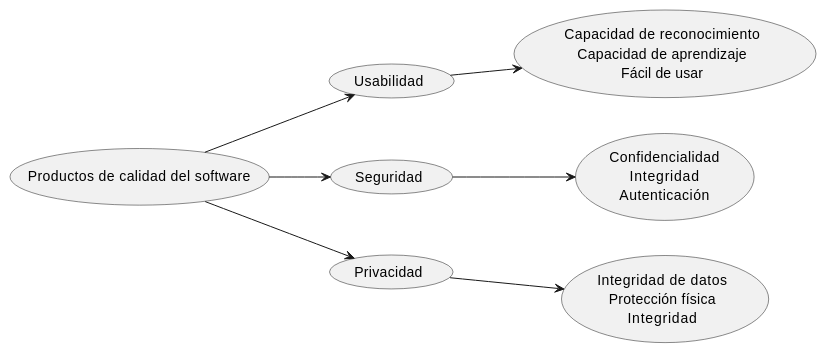
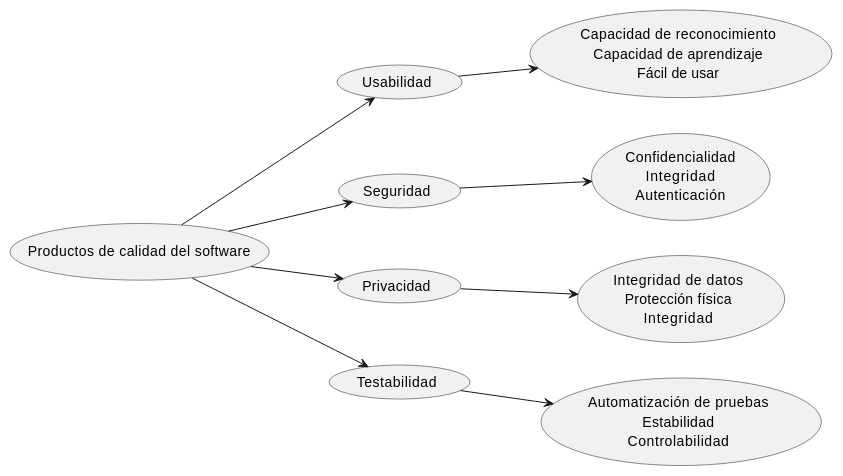
One commit to Arquisoft/lomap_es5a changed the diagram in docs/10_quality_scenarios.adoc. Above: the diagram before and after it, drawn with PlantUML. The commit also changed other lines of this file and 3 other files, not shown here.

```diff
--- a/docs/10_quality_scenarios.adoc
+++ b/docs/10_quality_scenarios.adoc
@@ -6,19 +6,23 @@
 [plantuml, "Quality tree", png]
 ----
 left to right direction
 (Productos de calidad del software) as (PDC)
 (Usabilidad) as (US)
 (Seguridad) as (SE)
 (Privacidad) as (PR)
+(Testabilidad) as (TS)
 (Capacidad de reconocimiento\nCapacidad de aprendizaje\nFácil de usar) as (CCF)
 (Confidencialidad\nIntegridad\nAutenticación) as (CIA)
 (Integridad de datos\nProtección física\nIntegridad) as (IPI)
+(Automatización de pruebas\nEstabilidad\nControlabilidad) as (AEC)
 
 PDC --> US
 PDC --> SE
 PDC --> PR
+PDC --> TS
 US --> CCF
 SE --> CIA
 PR --> IPI
+TS --> AEC
 
 ----
```
